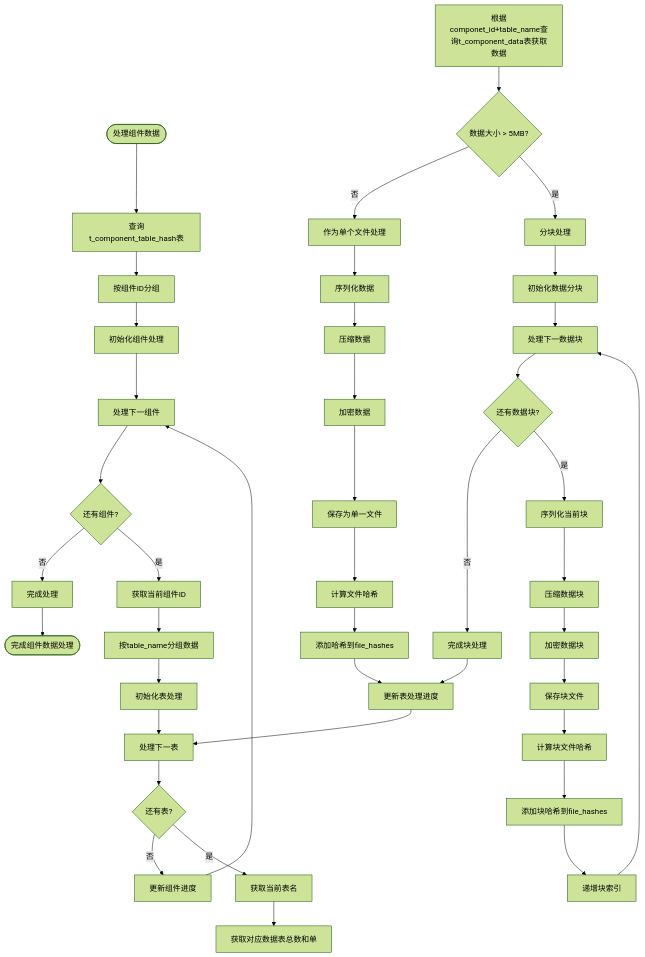
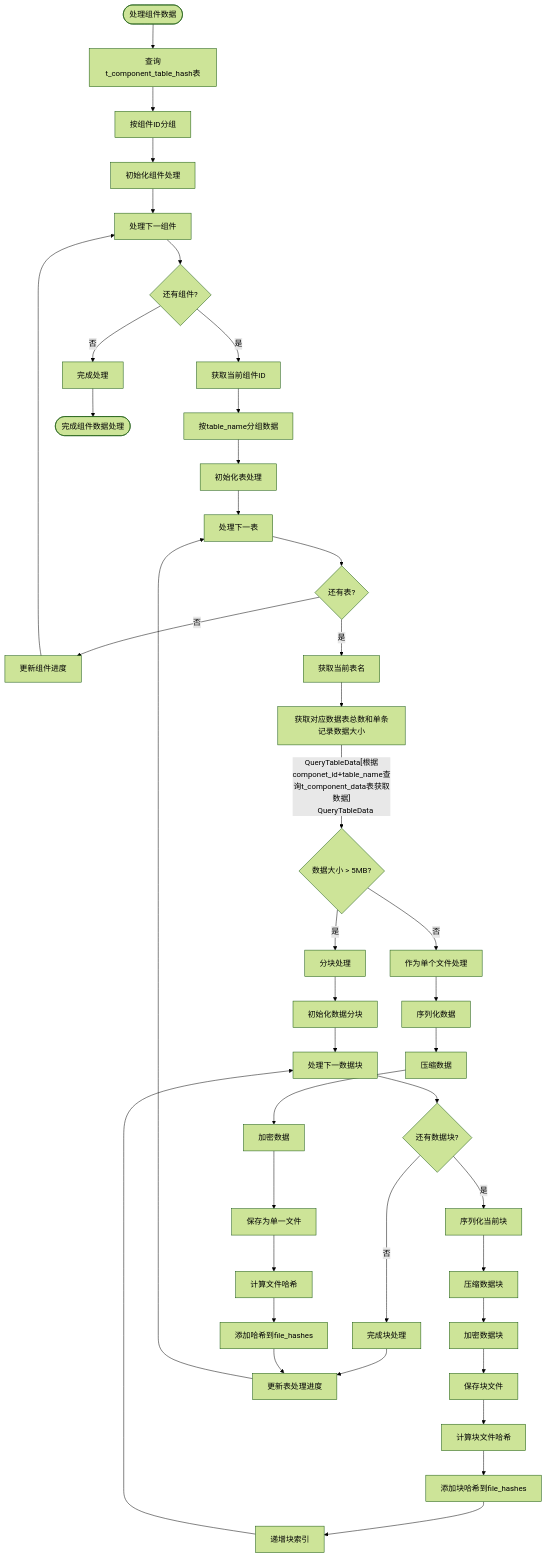
One commit to yingjianzh/iodraw-files changed the diagram in all/未命名-56.md. Above: the diagram before and after it, drawn with Mermaid (forest theme).

Commit message:
2025-05-12 14:26:22 update

````diff
--- a/all/未命名-56.md
+++ b/all/未命名-56.md
@@ -1,58 +1,58 @@
 ```mermaid
 
 flowchart TD
     Start([处理组件数据]) --> QueryDB[查询t_component_table_hash表]
     QueryDB --> GroupByComp[按组件ID分组]
     GroupByComp --> InitCompProcess[初始化组件处理]
     
     InitCompProcess --> ProcessNextComp[处理下一组件]
     ProcessNextComp --> MoreComps{还有组件?}
     MoreComps -->|否| CompleteProcess[完成处理]
     MoreComps -->|是| GetCompID[获取当前组件ID]
     
     GetCompID --> GroupByTable[按table_name分组数据]
     GroupByTable --> InitTableProcess[初始化表处理]
     
     InitTableProcess --> ProcessNextTable[处理下一表]
     ProcessNextTable --> MoreTables{还有表?}
     MoreTables -->|否| UpdateCompProgress[更新组件进度]
     MoreTables -->|是| GetTableName[获取当前表名]
     
     UpdateCompProgress --> ProcessNextComp
     
-    GetTableName --> CheckDataSize[获取对应数据表总数和单]
-    QueryTableData[根据componet_id+table_name查询t_component_data表获取数据]
+    GetTableName --> CheckDataSize[获取对应数据表总数和单条记录数据大小]
+    CheckDataSize --QueryTableData[根据componet_id+table_name查询t_component_data表获取数据]
     QueryTableData --> DataSize{数据大小 > 5MB?}
     
     DataSize -->|否| ProcessSingleFile[作为单个文件处理]
     DataSize -->|是| ProcessMultipleChunks[分块处理]
     
     ProcessSingleFile --> SerializeData[序列化数据]
     SerializeData --> CompressData[压缩数据]
     CompressData --> EncryptData[加密数据]
     EncryptData --> SaveSingleFile[保存为单一文件]
     SaveSingleFile --> CalcFileHash[计算文件哈希]
     CalcFileHash --> AddToFileHashes[添加哈希到file_hashes]
 
     ProcessMultipleChunks --> InitChunks[初始化数据分块]
     InitChunks --> ProcessNextChunk[处理下一数据块]
     
     ProcessNextChunk --> MoreChunks{还有数据块?}
     MoreChunks -->|否| CompleteChunks[完成块处理]
     MoreChunks -->|是| SerializeChunk[序列化当前块]
     
     SerializeChunk --> CompressChunk[压缩数据块]
     CompressChunk --> EncryptChunk[加密数据块]
     EncryptChunk --> SaveChunkFile[保存块文件]
     SaveChunkFile --> CalcChunkHash[计算块文件哈希]
     CalcChunkHash --> AddChunkHash[添加块哈希到file_hashes]
     AddChunkHash --> IncrementChunkIndex[递增块索引]
     IncrementChunkIndex --> ProcessNextChunk
     
     CompleteChunks --> UpdateTableProgress[更新表处理进度]
     AddToFileHashes --> UpdateTableProgress
     UpdateTableProgress --> ProcessNextTable
     
     CompleteProcess --> End([完成组件数据处理])
 
 ```
````
